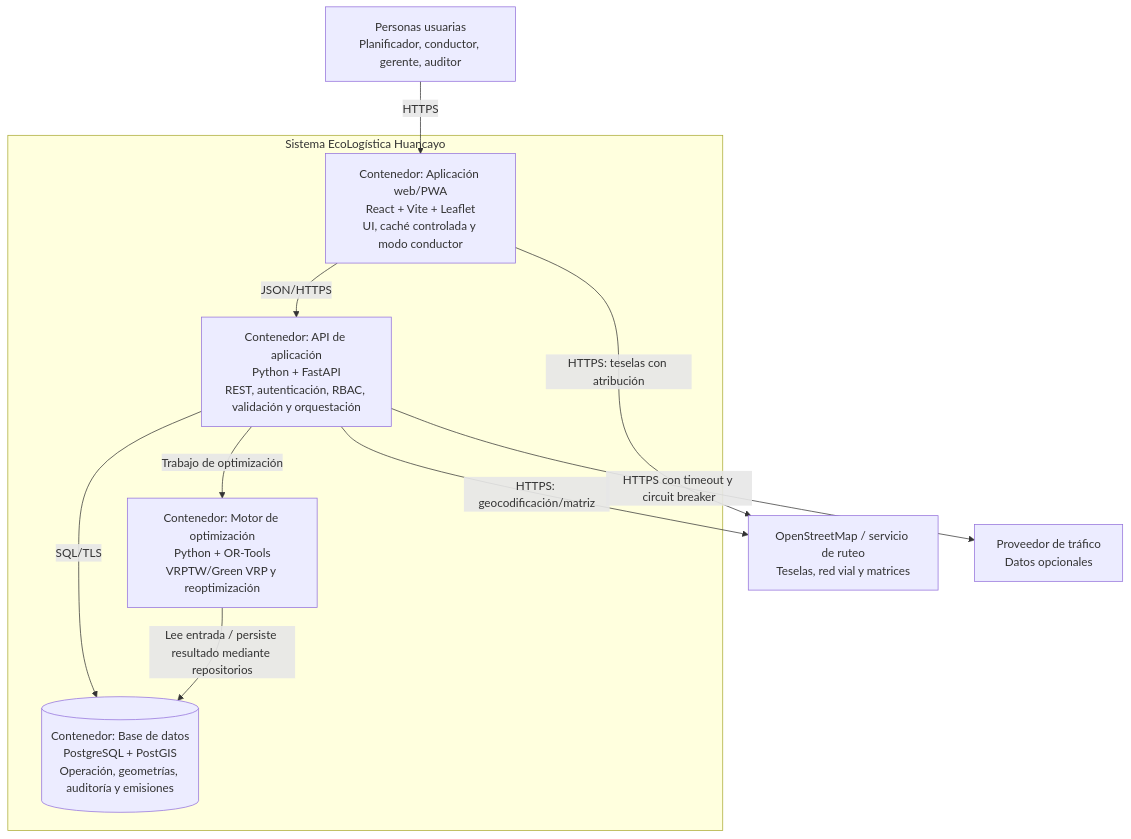
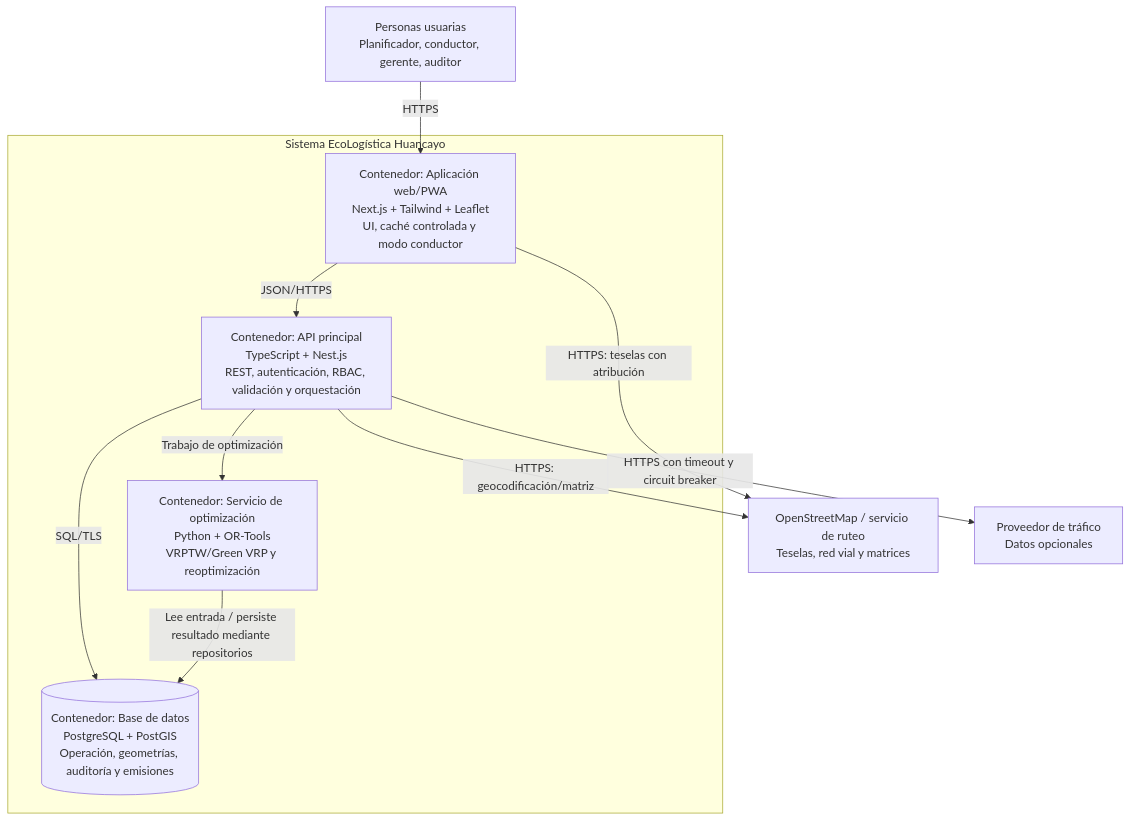
One commit to alexito-dev/EcoLogistica changed the second of 5 diagrams in docs/01 Inicio/12. Modelo C4 V_1_0_0.md. Above: the diagram before and after it, drawn with Mermaid. The commit also changed other lines of this file and 6 other files, not shown here.

Commit message:
docs(architecture): adopt Next Nest and Python optimizer

````diff
--- a/docs/01 Inicio/12. Modelo C4 V_1_0_0.md
+++ b/docs/01 Inicio/12. Modelo C4 V_1_0_0.md
@@ -54,23 +54,23 @@
 ```mermaid
 flowchart TB
     users["Personas usuarias<br/>Planificador, conductor, gerente, auditor"]
 
     subgraph eco["Sistema EcoLogística Huancayo"]
-      web["Contenedor: Aplicación web/PWA<br/>React + Vite + Leaflet<br/>UI, caché controlada y modo conductor"]
-      api["Contenedor: API de aplicación<br/>Python + FastAPI<br/>REST, autenticación, RBAC, validación y orquestación"]
-      worker["Contenedor: Motor de optimización<br/>Python + OR-Tools<br/>VRPTW/Green VRP y reoptimización"]
+      web["Contenedor: Aplicación web/PWA<br/>Next.js + Tailwind + Leaflet<br/>UI, caché controlada y modo conductor"]
+      api["Contenedor: API principal<br/>TypeScript + Nest.js<br/>REST, autenticación, RBAC, validación y orquestación"]
+      worker["Contenedor: Servicio de optimización<br/>Python + OR-Tools<br/>VRPTW/Green VRP y reoptimización"]
       db[("Contenedor: Base de datos<br/>PostgreSQL + PostGIS<br/>Operación, geometrías, auditoría y emisiones")]
     end
 
     map["OpenStreetMap / servicio de ruteo<br/>Teselas, red vial y matrices"]
     traffic["Proveedor de tráfico<br/>Datos opcionales"]
 
     users -->|"HTTPS"| web
     web -->|"JSON/HTTPS"| api
     web -->|"HTTPS: teselas con atribución"| map
     api -->|"SQL/TLS"| db
     api -->|"Trabajo de optimización"| worker
     worker -->|"Lee entrada / persiste resultado mediante repositorios"| db
     api -->|"HTTPS: geocodificación/matriz"| map
     api -->|"HTTPS con timeout y circuit breaker"| traffic
 ```
````
